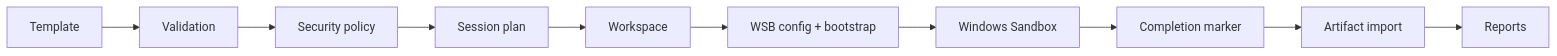
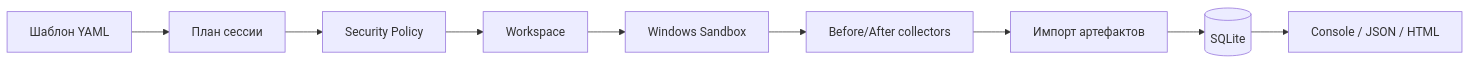
One commit to Onmaynec/SandForge changed the diagram in README.md. Above: the diagram before and after it, drawn with Mermaid. The commit also changed other lines of this file and 72 other files, not shown here.

````diff
--- a/README.md
+++ b/README.md
@@ -60,12 +94,11 @@
 ```mermaid
 flowchart LR
-  T[Template] --> V[Validation]
-  V --> P[Security policy]
-  P --> S[Session plan]
+  T[Шаблон YAML] --> P[План сессии]
+  P --> S[Security Policy]
   S --> W[Workspace]
-  W --> C[WSB config + bootstrap]
-  C --> B[Windows Sandbox]
-  B --> M[Completion marker]
-  M --> A[Artifact import]
-  A --> R[Reports]
+  W --> B[Windows Sandbox]
+  B --> C[Before/After collectors]
+  C --> A[Импорт артефактов]
+  A --> DB[(SQLite)]
+  DB --> R[Console / JSON / HTML]
 ```
````
